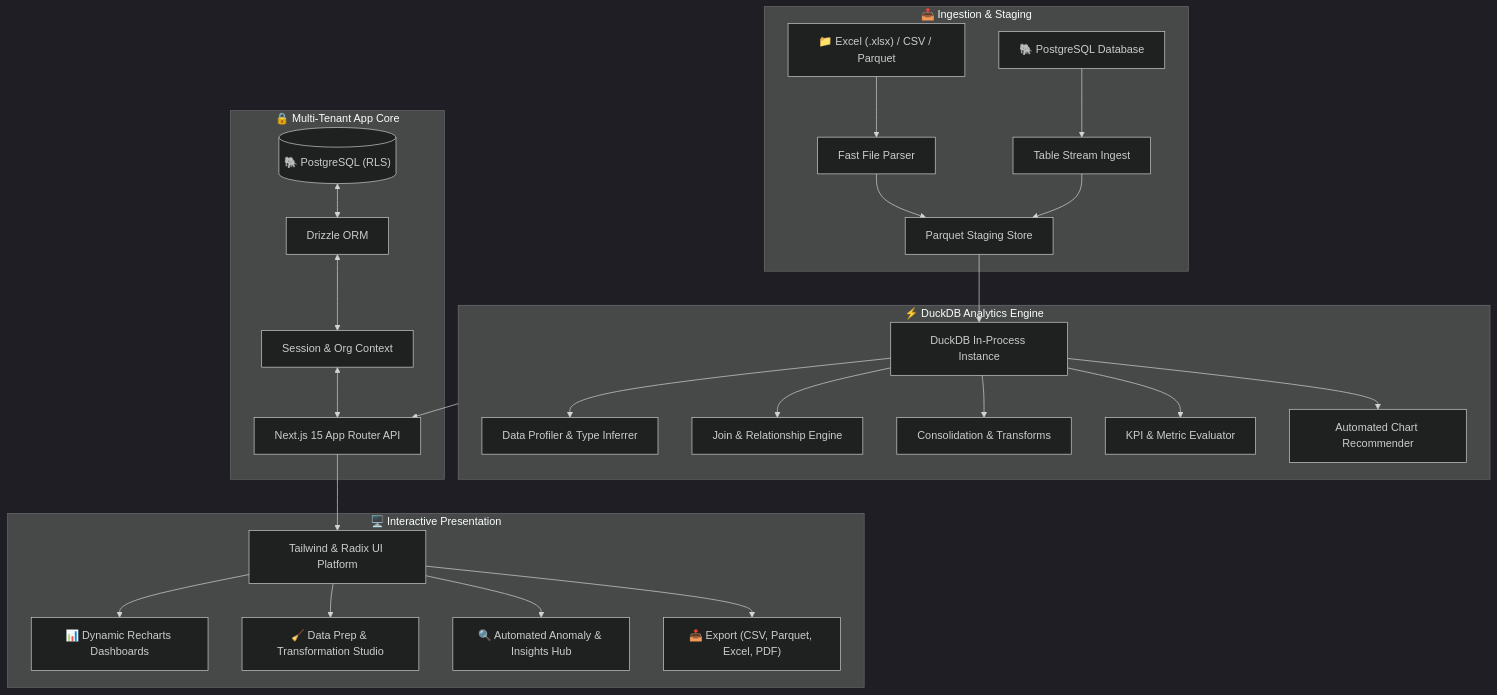
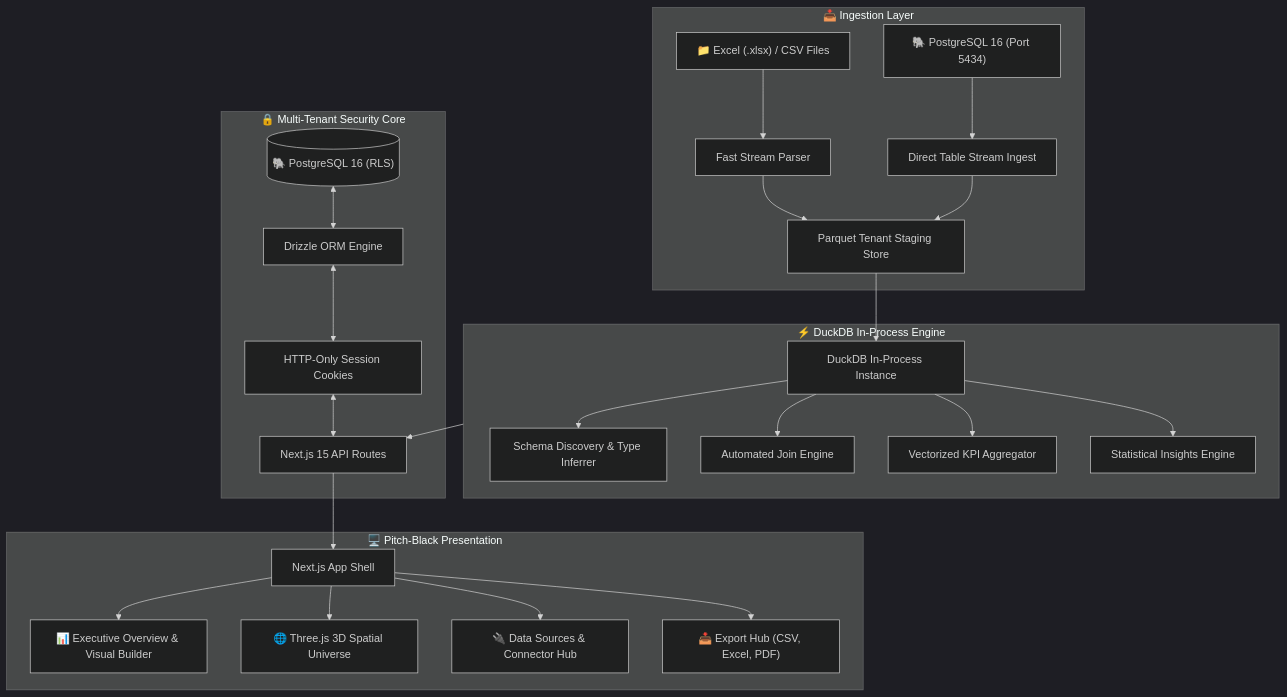
Before and after one commit to ashwin777-ctrl/DataFusion-BI: the diagram in README.md, drawn with Mermaid (dark theme). The commit also changed other lines of this file and 30 other files, not shown here.

Commit message:
feat: pitch-black OLED aesthetic, 3D spatial intelligence, autonomous QA fixes, port 3001 and updated README

````diff
--- a/README.md
+++ b/README.md
@@ -74,34 +73,33 @@
 ```mermaid
 flowchart TD
-    subgraph Ingestion [" 📥 Ingestion & Staging "]
-        F1["📁 Excel (.xlsx) / CSV / Parquet"] --> S1["Fast File Parser"]
-        F2["🐘 PostgreSQL Database"] --> S2["Table Stream Ingest"]
-        S1 --> P1["Parquet Staging Store"]
+    subgraph Ingestion [" 📥 Ingestion Layer "]
+        F1["📁 Excel (.xlsx) / CSV Files"] --> S1["Fast Stream Parser"]
+        F2["🐘 PostgreSQL 16 (Port 5434)"] --> S2["Direct Table Stream Ingest"]
+        S1 --> P1["Parquet Tenant Staging Store"]
         S2 --> P1
     end
 
-    subgraph Engine [" ⚡ DuckDB Analytics Engine "]
+    subgraph Analytics [" ⚡ DuckDB In-Process Engine "]
         P1 --> D1["DuckDB In-Process Instance"]
-        D1 --> A1["Data Profiler & Type Inferrer"]
-        D1 --> A2["Join & Relationship Engine"]
-        D1 --> A3["Consolidation & Transforms"]
-        D1 --> A4["KPI & Metric Evaluator"]
-        D1 --> A5["Automated Chart Recommender"]
+        D1 --> A1["Schema Discovery & Type Inferrer"]
+        D1 --> A2["Automated Join Engine"]
+        D1 --> A3["Vectorized KPI Aggregator"]
+        D1 --> A4["Statistical Insights Engine"]
     end
 
-    subgraph Backend [" 🔒 Multi-Tenant App Core "]
-        PG[("🐘 PostgreSQL (RLS)")] <--> Drizzle["Drizzle ORM"]
-        Drizzle <--> Auth["Session & Org Context"]
-        Auth <--> API["Next.js 15 App Router API"]
+    subgraph Auth [" 🔒 Multi-Tenant Security Core "]
+        PG[("🐘 PostgreSQL 16 (RLS)")] <--> Drizzle["Drizzle ORM Engine"]
+        Drizzle <--> Session["HTTP-Only Session Cookies"]
+        Session <--> API["Next.js 15 API Routes"]
     end
 
-    subgraph Frontend [" 🖥️ Interactive Presentation "]
-        API --> UI["Tailwind & Radix UI Platform"]
-        UI --> D_Dash["📊 Dynamic Recharts Dashboards"]
-        UI --> D_Prep["🧹 Data Prep & Transformation Studio"]
-        UI --> D_Ins["🔍 Automated Anomaly & Insights Hub"]
-        UI --> D_Exp["📥 Export (CSV, Parquet, Excel, PDF)"]
+    subgraph Frontend [" 🖥️ Pitch-Black Presentation "]
+        API --> UI["Next.js App Shell"]
+        UI --> D_Dash["📊 Executive Overview & Visual Builder"]
+        UI --> D_3D["🌐 Three.js 3D Spatial Universe"]
+        UI --> D_Src["🔌 Data Sources & Connector Hub"]
+        UI --> D_Exp["📥 Export Hub (CSV, Excel, PDF)"]
     end
 
-    Engine --> API
+    Analytics --> API
 ```
````
